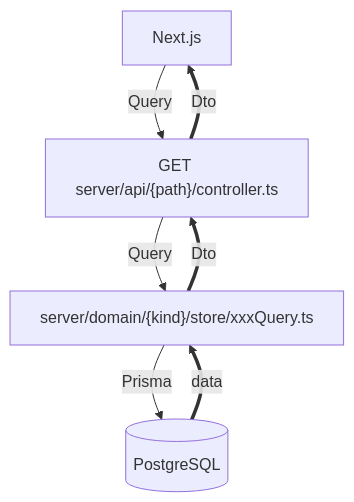
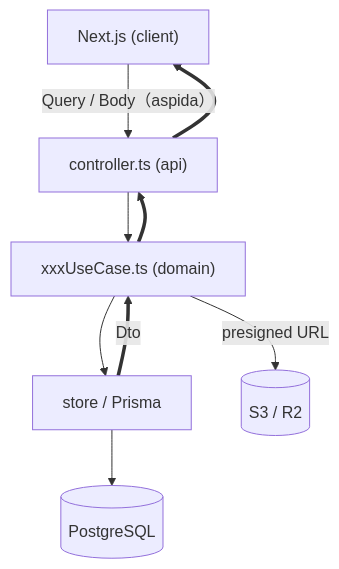
The diagram in README.md (habutaso/survey), drawn with Mermaid before and after one commit. The commit also changed other lines of this file and 4 other files, not shown here.

````diff
--- a/README.md
+++ b/README.md
@@ -20,13 +62,15 @@
 ```mermaid
 flowchart TB
-  node_1["Next.js"]
-  node_2["GET server/api/{path}/controller.ts"]
-  node_3["server/domain/{kind}/store/xxxQuery.ts"]
-  node_4[("PostgreSQL")]
-  node_1 --"Query"--> node_2
-  node_2 --"Query"--> node_3
-  node_3 --"Prisma"--> node_4
-  node_4 =="data"==> node_3
-  node_3 =="Dto"==> node_2
-  node_2 =="Dto"==> node_1
+  client["Next.js (client)"]
+  controller["controller.ts (api)"]
+  usecase["xxxUseCase.ts (domain)"]
+  store["store / Prisma"]
+  db[("PostgreSQL")]
+  s3[("S3 / R2")]
+  client -- "Query / Body（aspida）" --> controller
+  controller --> usecase
+  usecase --> store
+  store --> db
+  usecase -- "presigned URL" --> s3
+  store == "Dto" ==> usecase ==> controller ==> client
 ```
````
